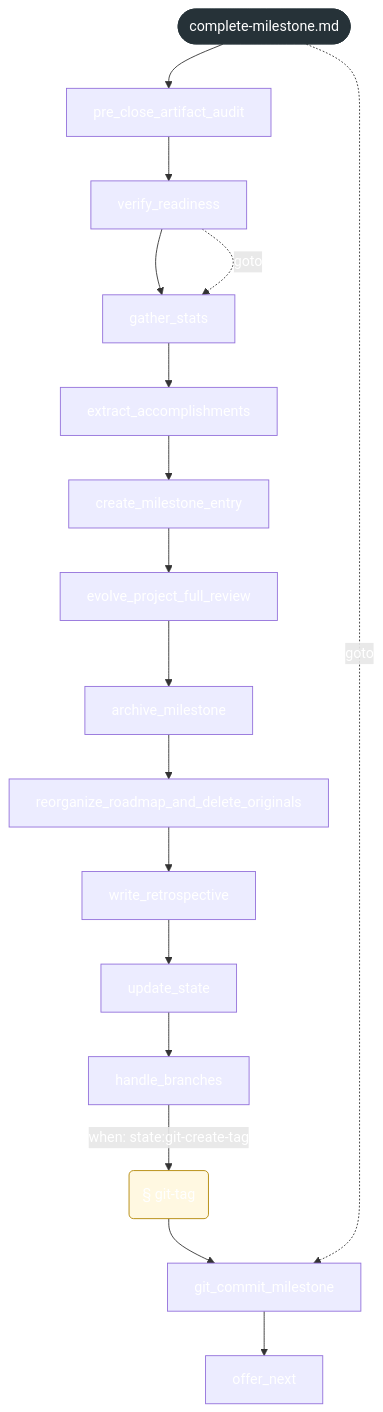
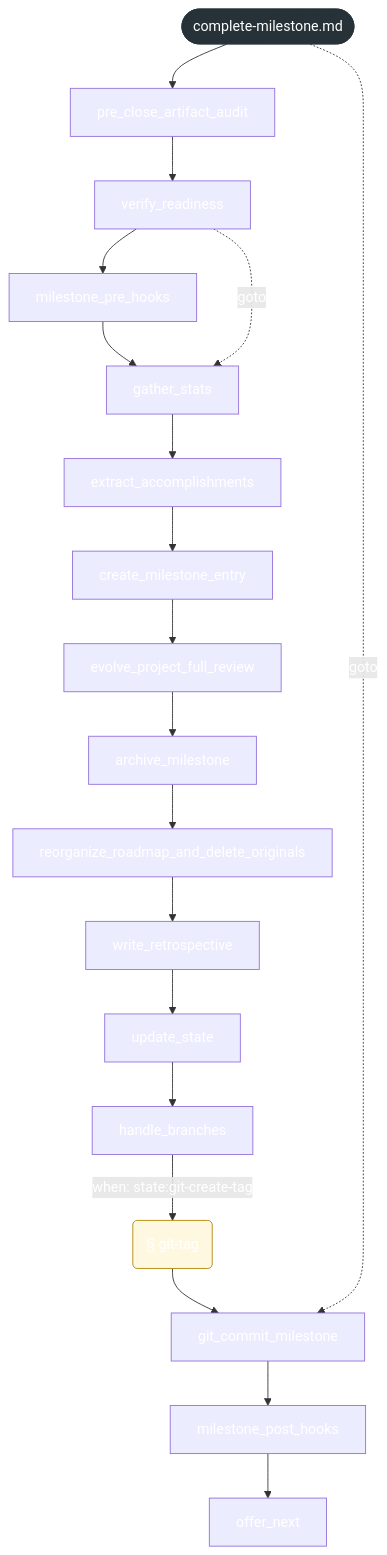
Before and after one commit to Govorin/gsd-core: the first of 2 diagrams in docs/reference/workflow-maps/complete-milestone.md, drawn with Mermaid. The commit also changed other lines of this file and 10 other files, not shown here.

````diff
--- a/docs/reference/workflow-maps/complete-milestone.md
+++ b/docs/reference/workflow-maps/complete-milestone.md
@@ -15,44 +15,48 @@
 ```mermaid
 flowchart TB
   wf_root(["complete-milestone.md"]):::root
   u_step_pre_close_artifact_audit["pre_close_artifact_audit"]
   u_step_verify_readiness["verify_readiness"]
+  u_step_milestone_pre_hooks["milestone_pre_hooks"]
   u_step_gather_stats["gather_stats"]
   u_step_extract_accomplishments["extract_accomplishments"]
   u_step_create_milestone_entry["create_milestone_entry"]
   u_step_evolve_project_full_review["evolve_project_full_review"]
   u_step_archive_milestone["archive_milestone"]
   u_step_reorganize_roadmap_and_delete_originals["reorganize_roadmap_and_delete_originals"]
   u_step_write_retrospective["write_retrospective"]
   u_step_update_state["update_state"]
   u_step_handle_branches["handle_branches"]
   u_section_git_tag("§ git-tag"):::conditional
   u_step_git_commit_milestone["git_commit_milestone"]
+  u_step_milestone_post_hooks["milestone_post_hooks"]
   u_step_offer_next["offer_next"]
   wf_root --> u_step_pre_close_artifact_audit
   u_step_pre_close_artifact_audit --> u_step_verify_readiness
-  u_step_verify_readiness --> u_step_gather_stats
+  u_step_verify_readiness --> u_step_milestone_pre_hooks
+  u_step_milestone_pre_hooks --> u_step_gather_stats
   u_step_gather_stats --> u_step_extract_accomplishments
   u_step_extract_accomplishments --> u_step_create_milestone_entry
   u_step_create_milestone_entry --> u_step_evolve_project_full_review
   u_step_evolve_project_full_review --> u_step_archive_milestone
   u_step_archive_milestone --> u_step_reorganize_roadmap_and_delete_originals
   u_step_reorganize_roadmap_and_delete_originals --> u_step_write_retrospective
   u_step_write_retrospective --> u_step_update_state
   u_step_update_state --> u_step_handle_branches
   u_step_handle_branches -->|"when#58; state#58;git-create-tag"| u_section_git_tag
   u_section_git_tag --> u_step_git_commit_milestone
-  u_step_git_commit_milestone --> u_step_offer_next
+  u_step_git_commit_milestone --> u_step_milestone_post_hooks
+  u_step_milestone_post_hooks --> u_step_offer_next
   u_step_verify_readiness -.->|"goto"| u_step_gather_stats
   wf_root -.->|"goto"| u_step_git_commit_milestone
   classDef missing fill:#fdecea,stroke:#d33,stroke-dasharray:4 3
   classDef unparsed fill:#f5f5f5,stroke:#999999,stroke-dasharray:4 3,color:#555
   classDef conditional fill:#fff8e1,stroke:#b28704
   classDef root fill:#263238,color:#ffffff,stroke:#263238
   classDef agent fill:#e8f0fe,stroke:#3367d6
   classDef builtin fill:#eeeeee,stroke:#777777
   classDef capability fill:#e6f4ea,stroke:#2e7d32
   classDef dynamic fill:#f2f2f2,stroke:#888,stroke-dasharray:2 2
   classDef point fill:#f3e8fd,stroke:#8e24aa
   classDef workflow fill:#ffffff,stroke:#555555
 ```
````
